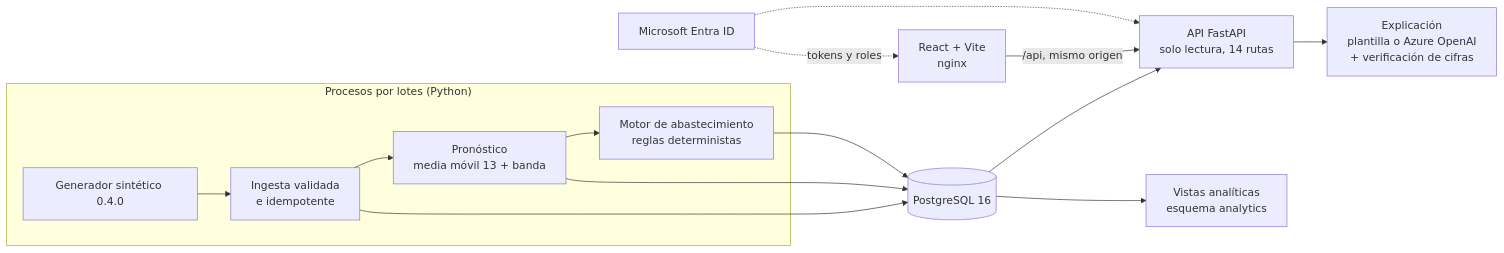
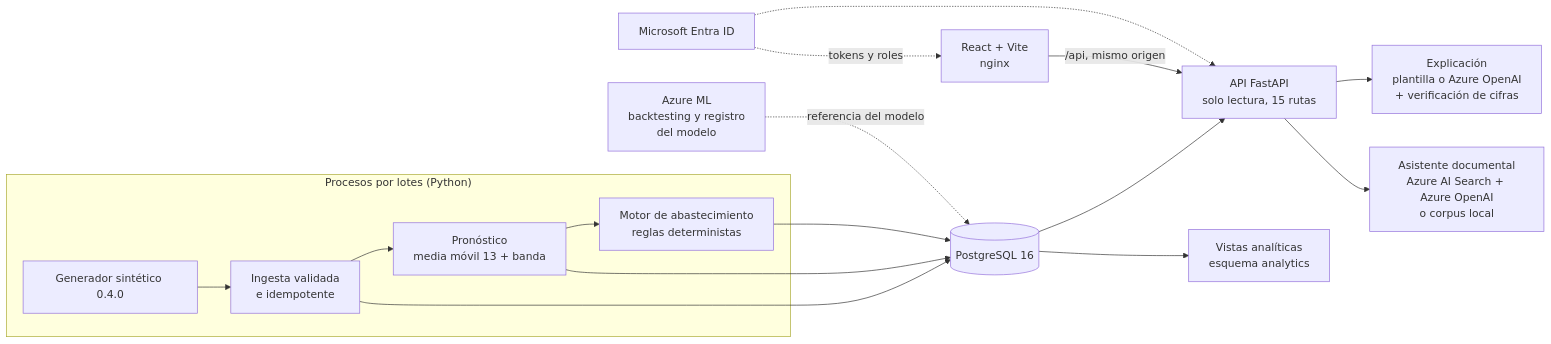
The diagram in README.md (daniel02vazquez97-alt/G19X-ITH-DVT-209-ACADEMIC), drawn with Mermaid before and after one commit. The commit also changed other lines of this file and 3 other files, not shown here.

````diff
--- a/README.md
+++ b/README.md
@@ -92,17 +136,19 @@
 ```mermaid
 flowchart LR
     subgraph Lotes["Procesos por lotes (Python)"]
         G[Generador sintético 0.4.0] --> I[Ingesta validada<br/>e idempotente]
         I --> F[Pronóstico<br/>media móvil 13 + banda]
         F --> R[Motor de abastecimiento<br/>reglas deterministas]
     end
     I --> DB[(PostgreSQL 16)]
     F --> DB
     R --> DB
-    DB --> API[API FastAPI<br/>solo lectura, 14 rutas]
+    DB --> API[API FastAPI<br/>solo lectura, 15 rutas]
     API --> X[Explicación<br/>plantilla o Azure OpenAI<br/>+ verificación de cifras]
+    API --> AS[Asistente documental<br/>Azure AI Search + Azure OpenAI<br/>o corpus local]
+    ML[Azure ML<br/>backtesting y registro<br/>del modelo] -.->|referencia del modelo| DB
     UI[React + Vite<br/>nginx] -->|/api, mismo origen| API
     E[Microsoft Entra ID] -.->|tokens y roles| UI
     E -.-> API
     DB --> BI[Vistas analíticas<br/>esquema analytics]
 ```
````
